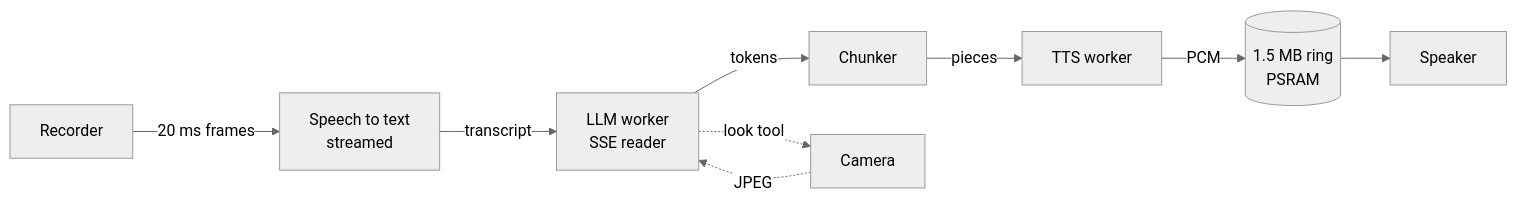
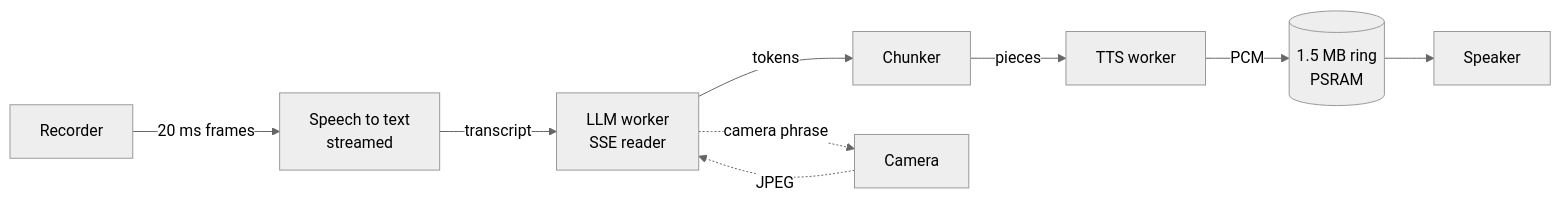
One commit to MultiX0/orion changed the diagram in docs/FIRMWARE_CLOUD.md. Above: the diagram before and after it, drawn with Mermaid (neutral theme). The commit also changed other lines of this file and 162 other files, not shown here.

````diff
--- a/docs/FIRMWARE_CLOUD.md
+++ b/docs/FIRMWARE_CLOUD.md
@@ -7,10 +7,10 @@
 ```mermaid
 flowchart LR
   REC[Recorder] -- 20 ms frames --> ASR[Speech to text<br/>streamed]
   ASR -- transcript --> LLMW[LLM worker<br/>SSE reader]
   LLMW -- tokens --> CH[Chunker]
   CH -- pieces --> TTSW[TTS worker]
   TTSW -- PCM --> RING[(1.5 MB ring<br/>PSRAM)]
   RING --> SPK[Speaker]
-  LLMW -. look tool .-> CAM[Camera] -. JPEG .-> LLMW
+  LLMW -. camera phrase .-> CAM[Camera] -. JPEG .-> LLMW
 ```
````
